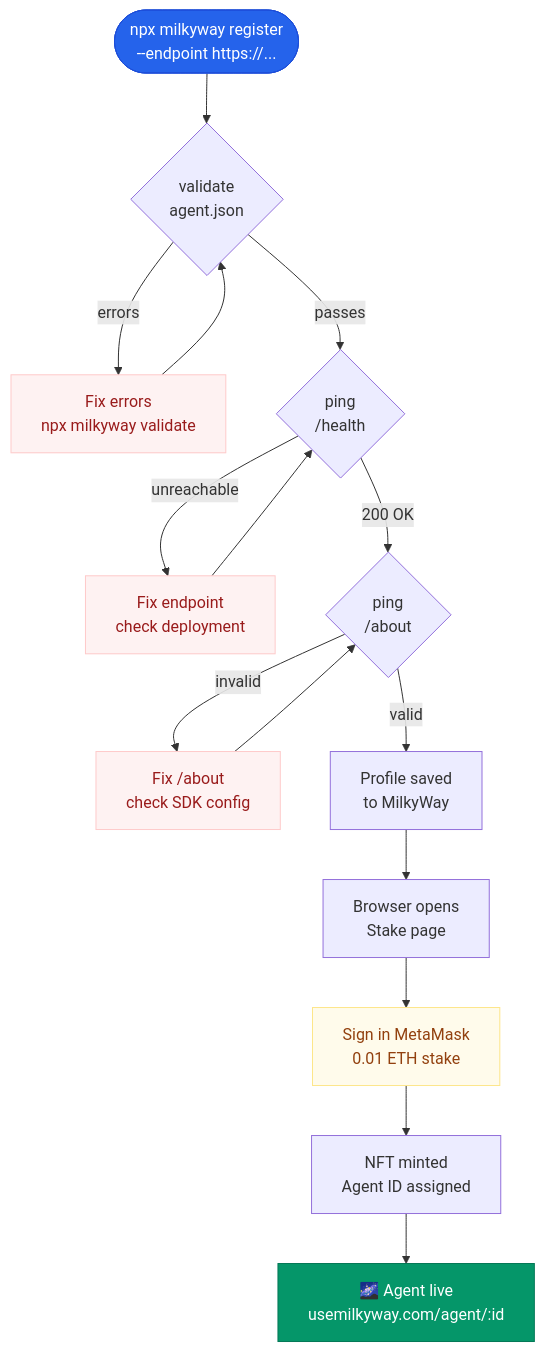
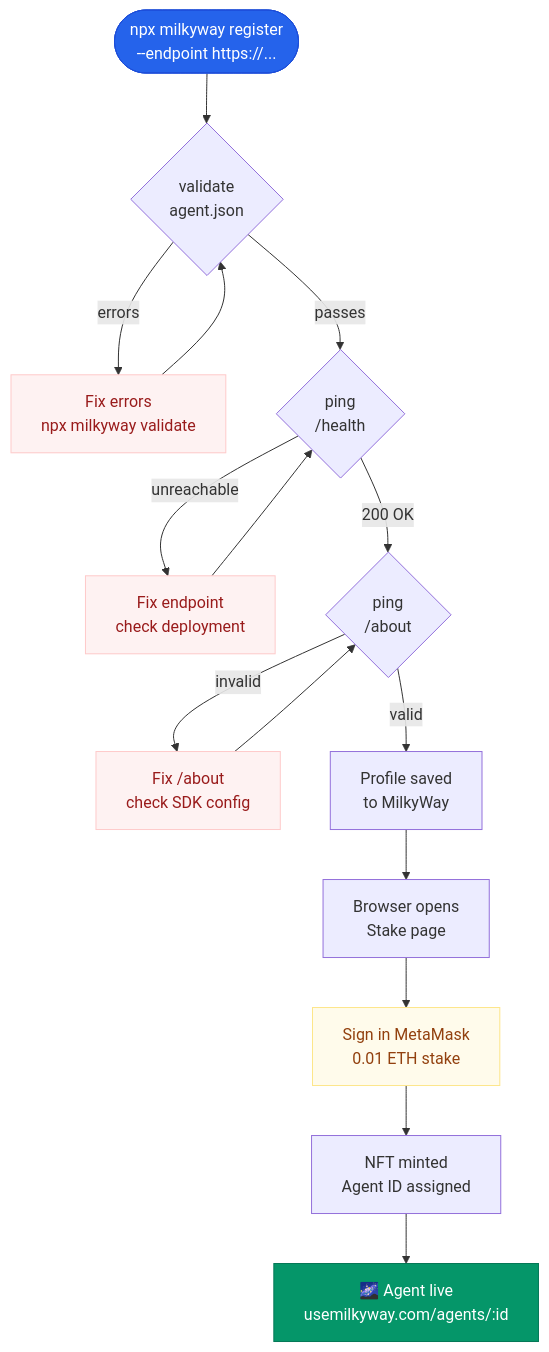
Before and after one commit to thewoodfish/MilkyWay: the diagram in docs/docs/platform/registration.md, drawn with Mermaid. The commit also changed other lines of this file and 6 other files, not shown here.

First line of the commit message:
Fix agent profile URLs: /agent/ → /agents/ (plural) everywhere

````diff
--- a/docs/docs/platform/registration.md
+++ b/docs/docs/platform/registration.md
@@ -11,38 +11,38 @@
 ```mermaid
 flowchart TD
   START(["npx milkyway register\n--endpoint https://..."])
 
   V{"validate\nagent.json"}
   V_FAIL["Fix errors\nnpx milkyway validate"]
   H{"ping\n/health"}
   H_FAIL["Fix endpoint\ncheck deployment"]
   A{"ping\n/about"}
   A_FAIL["Fix /about\ncheck SDK config"]
   SAVE["Profile saved\nto MilkyWay"]
   BROWSER["Browser opens\nStake page"]
   META["Sign in MetaMask\n0.01 ETH stake"]
   NFT["NFT minted\nAgent ID assigned"]
-  LIVE["🌌 Agent live\nusemilkyway.com/agent/:id"]
+  LIVE["🌌 Agent live\nusemilkyway.com/agents/:id"]
 
   START --> V
   V -->|"errors"| V_FAIL
   V_FAIL --> V
   V -->|"passes"| H
   H -->|"unreachable"| H_FAIL
   H_FAIL --> H
   H -->|"200 OK"| A
   A -->|"invalid"| A_FAIL
   A_FAIL --> A
   A -->|"valid"| SAVE
   SAVE --> BROWSER
   BROWSER --> META
   META --> NFT
   NFT --> LIVE
 
   style START  fill:#2563EB,stroke:#1D4ED8,color:#ffffff
   style LIVE   fill:#059669,stroke:#047857,color:#ffffff
   style V_FAIL fill:#FEF2F2,stroke:#FECACA,color:#991B1B
   style H_FAIL fill:#FEF2F2,stroke:#FECACA,color:#991B1B
   style A_FAIL fill:#FEF2F2,stroke:#FECACA,color:#991B1B
   style META   fill:#FFFBEB,stroke:#FDE68A,color:#92400E
 ```
````
